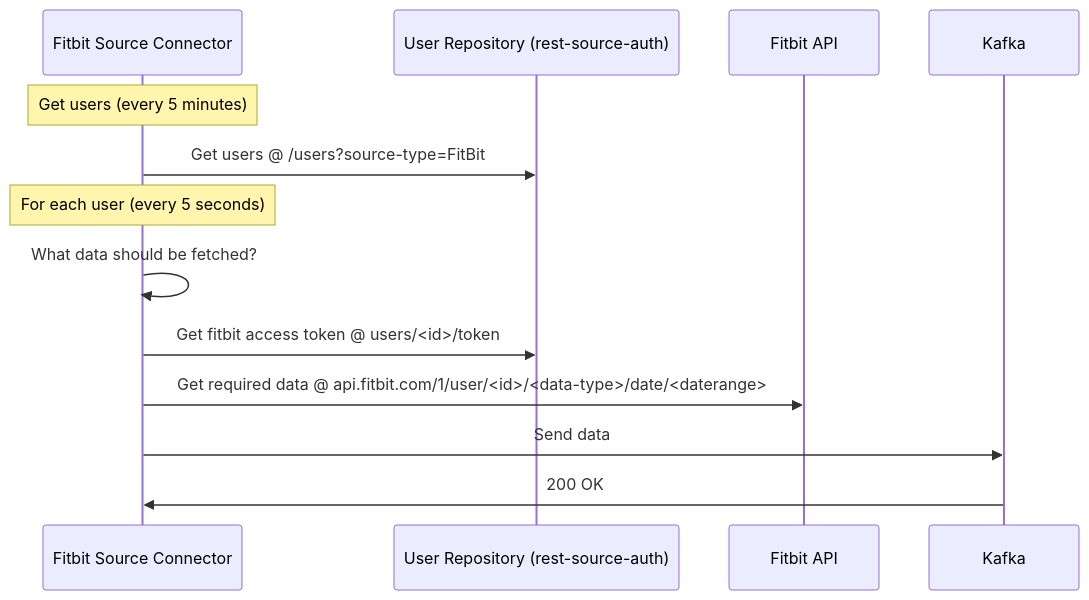
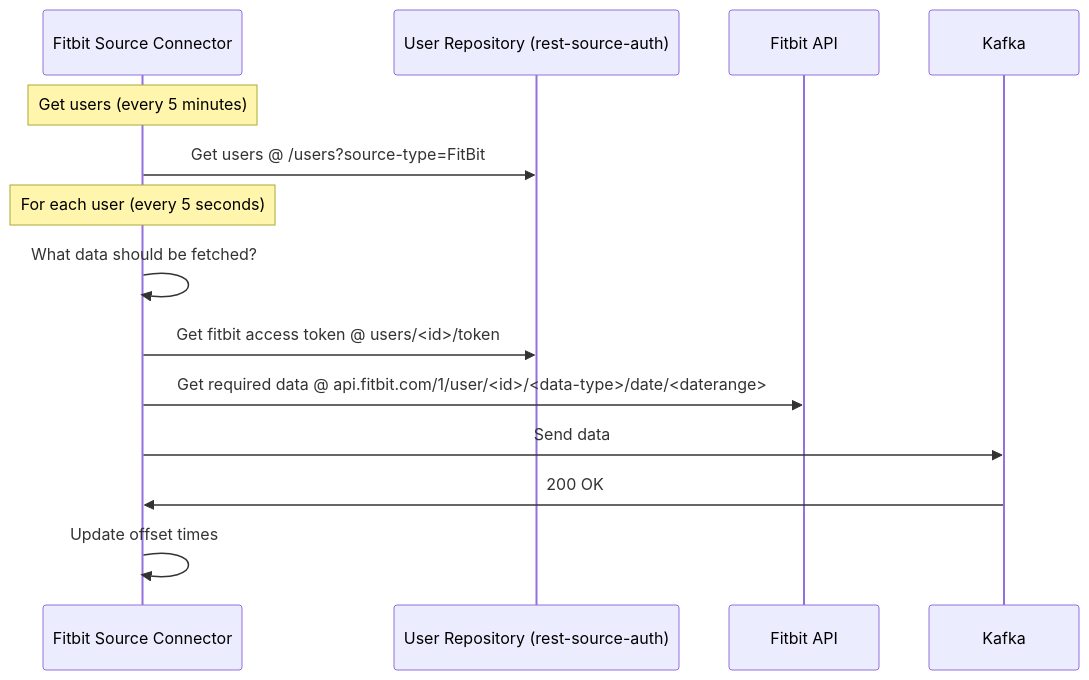
One commit to RADAR-base/RADAR-REST-Connector changed the second of 2 diagrams in README.md. Above: the diagram before and after it, drawn with Mermaid.

Commit message:
Add update offset times

````diff
--- a/README.md
+++ b/README.md
@@ -144,16 +144,17 @@
 ```mermaid
 sequenceDiagram
   participant connector as Fitbit Source Connector
   participant userRepo as User Repository (rest-source-auth)
   participant fitbit as Fitbit API
   participant kafka as Kafka
     
   note over connector: Get users (every 5 minutes)
   connector ->> userRepo: Get users @ /users?source-type=FitBit
   note over connector: For each user (every 5 seconds)
   connector ->> connector: What data should be fetched?  
   connector ->> userRepo: Get fitbit access token @ users/<id>/token
   connector ->> fitbit: Get required data @ api.fitbit.com/1/user/<id>/<data-type>/date/<daterange>
   connector ->> kafka: Send data
   kafka ->> connector: 200 OK
+  connector ->> connector: Update offset times
 ```
````
